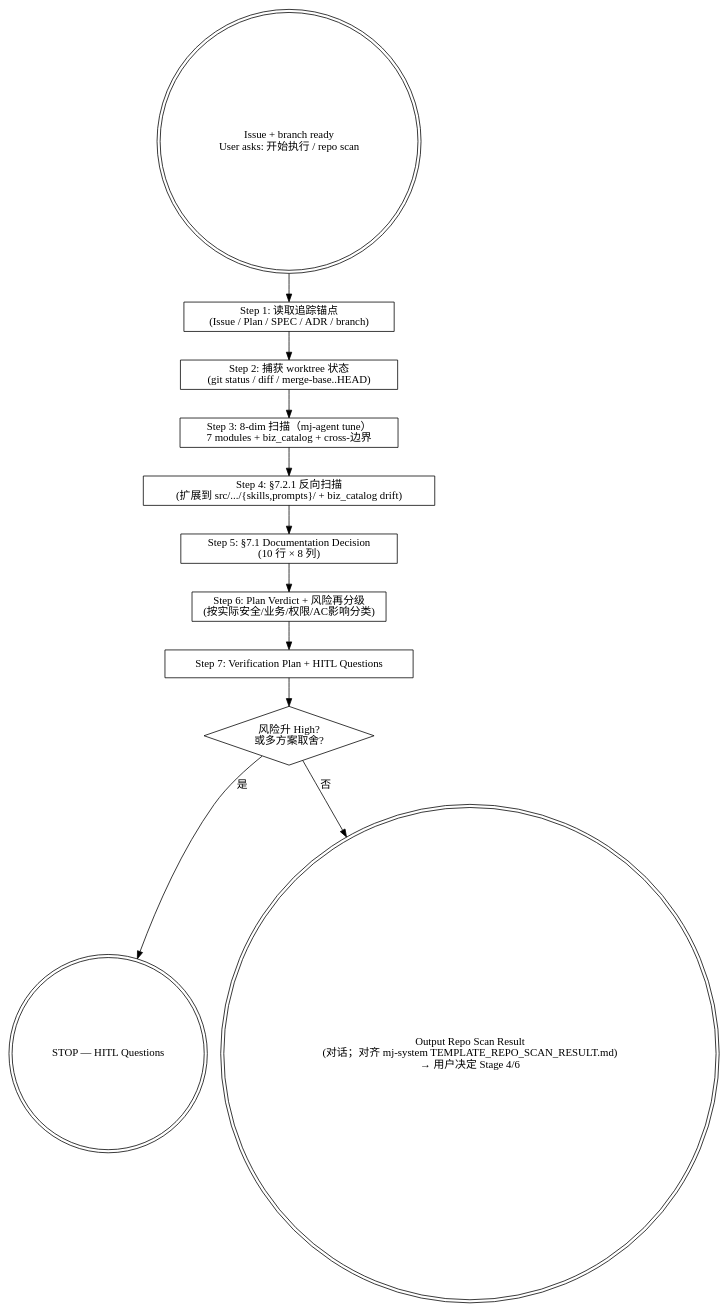
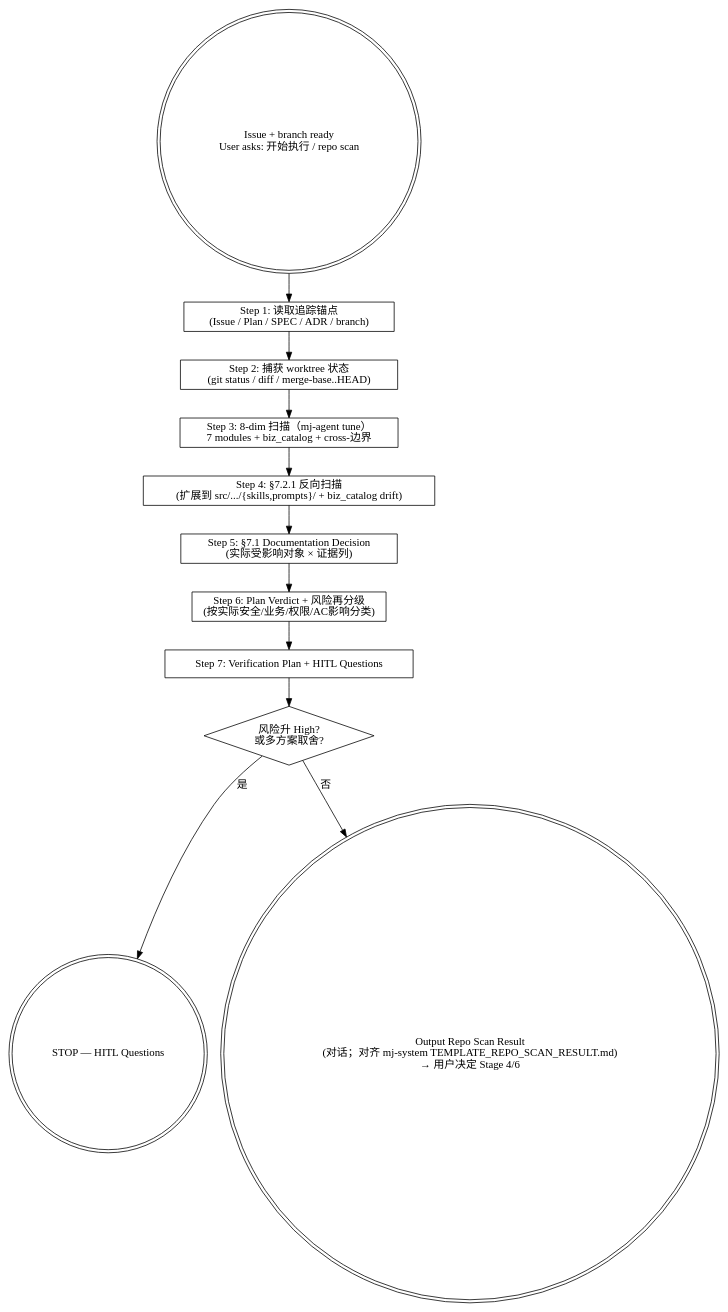
One commit to MJ-AgentLab/mj-agent changed the diagram in .agents/skills/mj-agent-flow-repo-scan/SKILL.md. Above: the diagram before and after it, drawn with Graphviz. The commit also changed other lines of this file and 23 other files, not shown here.

````diff
--- a/.agents/skills/mj-agent-flow-repo-scan/SKILL.md
+++ b/.agents/skills/mj-agent-flow-repo-scan/SKILL.md
@@ -37,22 +37,22 @@
 ```dot
 digraph repo_scan {
   rankdir=TB;
   start [label="Issue + branch ready\nUser asks: 开始执行 / repo scan" shape=doublecircle];
 
   s1 [label="Step 1: 读取追踪锚点\n(Issue / Plan / SPEC / ADR / branch)" shape=box];
   s2 [label="Step 2: 捕获 worktree 状态\n(git status / diff / merge-base..HEAD)" shape=box];
   s3 [label="Step 3: 8-dim 扫描（mj-agent tune）\n7 modules + biz_catalog + cross-边界" shape=box];
   s4 [label="Step 4: §7.2.1 反向扫描\n(扩展到 src/.../{skills,prompts}/ + biz_catalog drift)" shape=box];
-  s5 [label="Step 5: §7.1 Documentation Decision\n(10 行 × 8 列)" shape=box];
+  s5 [label="Step 5: §7.1 Documentation Decision\n(实际受影响对象 × 证据列)" shape=box];
   s6 [label="Step 6: Plan Verdict + 风险再分级\n(按实际安全/业务/权限/AC影响分类)" shape=box];
   s7 [label="Step 7: Verification Plan + HITL Questions" shape=box];
 
   gate [label="风险升 High?\n或多方案取舍?" shape=diamond];
   hitl [label="STOP — HITL Questions" shape=doublecircle];
   out [label="Output Repo Scan Result\n(对话；对齐 mj-system TEMPLATE_REPO_SCAN_RESULT.md)\n→ 用户决定 Stage 4/6" shape=doublecircle];
 
   start -> s1 -> s2 -> s3 -> s4 -> s5 -> s6 -> s7 -> gate;
   gate -> hitl [label="是"];
   gate -> out [label="否"];
 }
 ```
````
